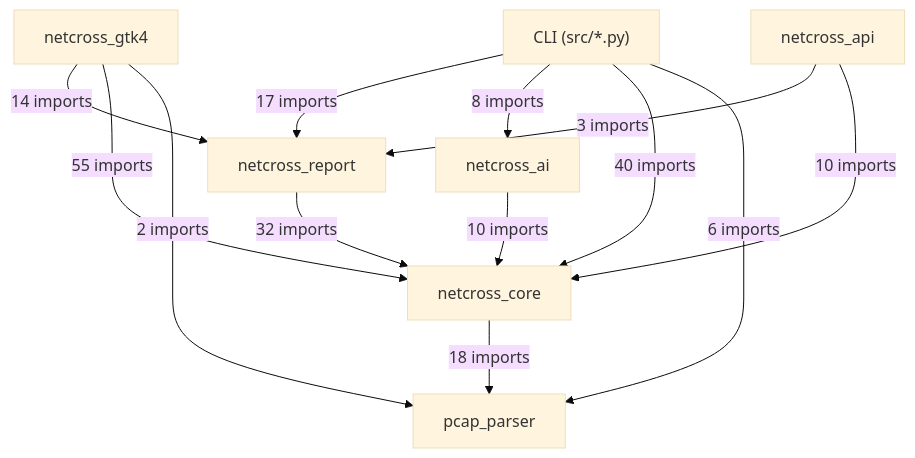
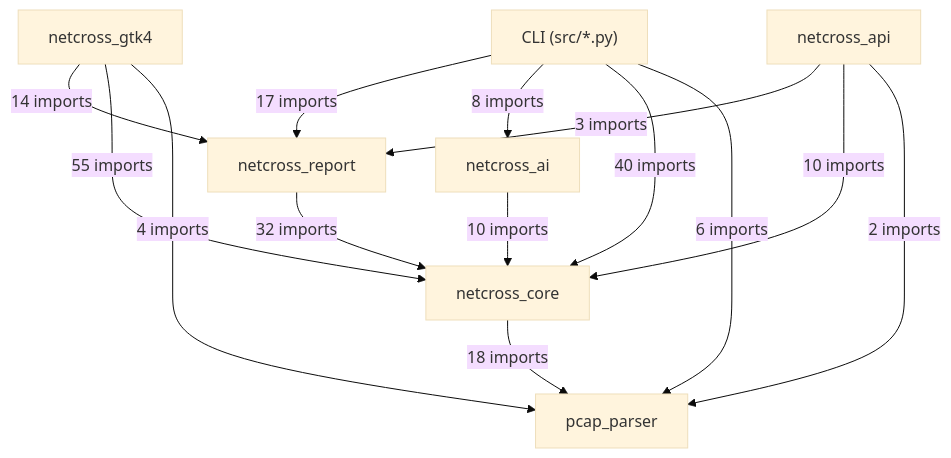
The first of 19 diagrams in docs/class-diagram.md (Mathide-Team/Netcross), drawn with Mermaid (base theme) before and after one commit. The commit also changed other lines of this file and 10 other files, not shown here.

````diff
--- a/docs/class-diagram.md
+++ b/docs/class-diagram.md
@@ -26,22 +26,23 @@
 ```mermaid
 flowchart TD
     CLI["CLI (src/*.py)"]
     netcross_gtk4["netcross_gtk4"]
     netcross_api["netcross_api"]
     netcross_report["netcross_report"]
     netcross_ai["netcross_ai"]
     netcross_core["netcross_core"]
     pcap_parser["pcap_parser"]
     CLI -->|"17 imports"| netcross_report
     CLI -->|"8 imports"| netcross_ai
     CLI -->|"40 imports"| netcross_core
     CLI -->|"6 imports"| pcap_parser
     netcross_gtk4 -->|"14 imports"| netcross_report
     netcross_gtk4 -->|"55 imports"| netcross_core
-    netcross_gtk4 -->|"2 imports"| pcap_parser
+    netcross_gtk4 -->|"4 imports"| pcap_parser
     netcross_api -->|"3 imports"| netcross_report
     netcross_api -->|"10 imports"| netcross_core
+    netcross_api -->|"2 imports"| pcap_parser
     netcross_report -->|"32 imports"| netcross_core
     netcross_ai -->|"10 imports"| netcross_core
     netcross_core -->|"18 imports"| pcap_parser
 ```
````
